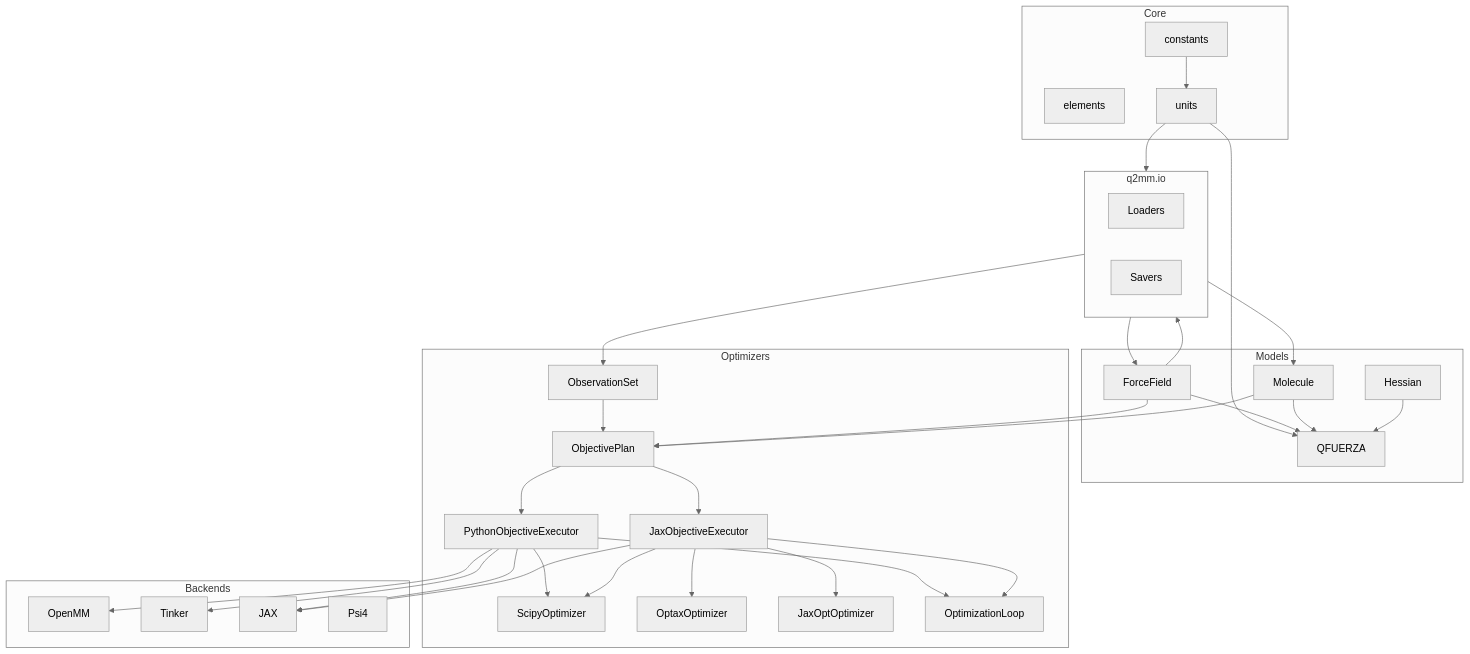
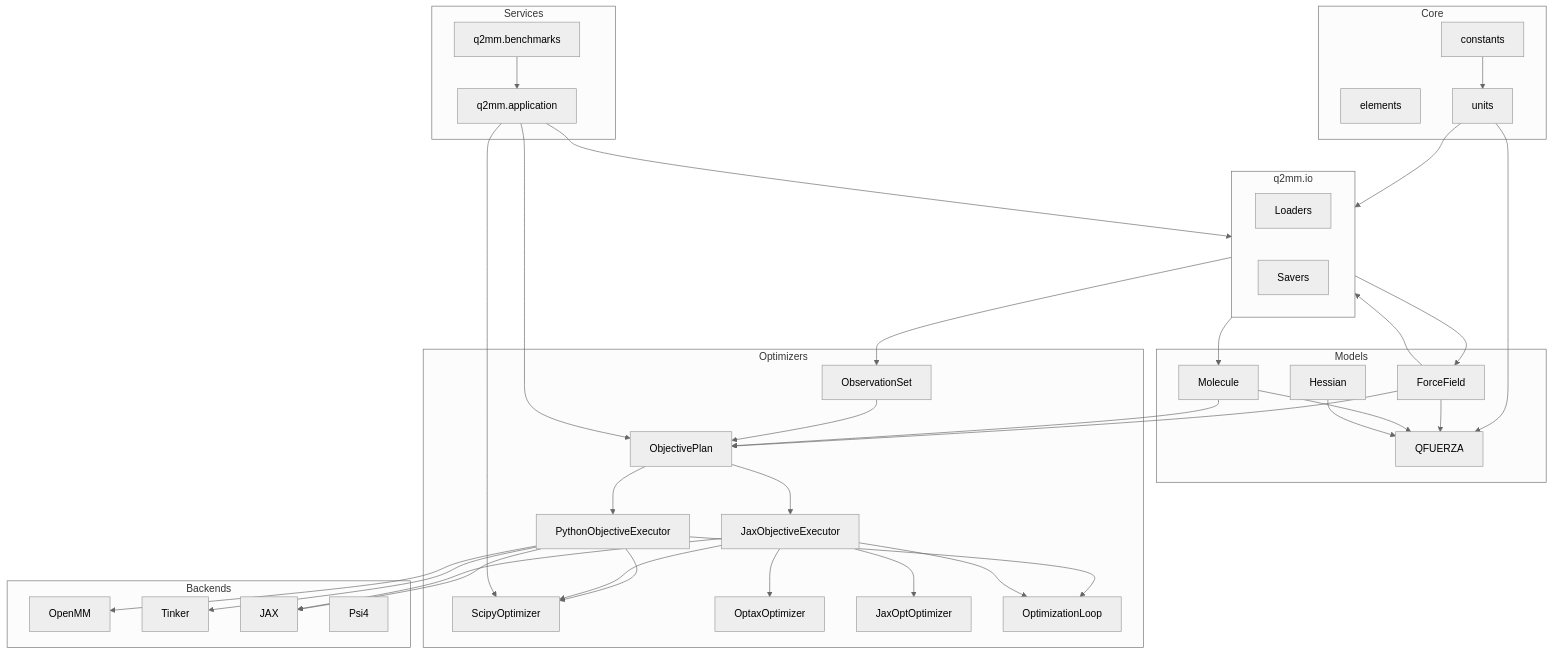
Before and after one commit to ericchansen/q2mm: the second of 2 diagrams in docs/how-it-works/architecture.md, drawn with Mermaid (neutral theme). The commit also changed other lines of this file and 11 other files, not shown here.

First line of the commit message:
feat(application): add generic SDK services

````diff
--- a/docs/how-it-works/architecture.md
+++ b/docs/how-it-works/architecture.md
@@ -324,67 +337,76 @@
 ```mermaid
 flowchart TD
     subgraph Core["Core"]
         constants[constants]
         elements[elements]
         units[units]
     end
 
     subgraph Models["Models"]
         ff[ForceField]
         mol[Molecule]
         hess[Hessian]
         sem[QFUERZA]
     end
 
     subgraph Opt["Optimizers"]
         obs[ObservationSet]
         plan[ObjectivePlan]
         pyexec[PythonObjectiveExecutor]
         jaxexec[JaxObjectiveExecutor]
         scipy[ScipyOptimizer]
         optax_opt[OptaxOptimizer]
         jaxopt_opt[JaxOptOptimizer]
         cycling[OptimizationLoop]
     end
 
     subgraph Engines["Backends"]
         omm[OpenMM]
         tk[Tinker]
         jax[JAX]
         psi4[Psi4]
     end
 
     subgraph IO["q2mm.io"]
         loaders[Loaders]
         savers[Savers]
     end
 
+    subgraph Services["Services"]
+        app[q2mm.application]
+        bench[q2mm.benchmarks]
+    end
+
     constants --> units
     units --> IO
     units --> sem
     ff --> IO
     ff --> sem
     mol --> sem
     hess --> sem
 
     ff --> plan
     obs --> plan
     mol --> plan
     plan --> pyexec
     plan --> jaxexec
     pyexec --> scipy
     pyexec --> cycling
     jaxexec --> scipy
     jaxexec --> optax_opt
     jaxexec --> jaxopt_opt
     jaxexec --> cycling
 
     pyexec --> omm
     pyexec --> tk
     pyexec --> jax
     jaxexec --> jax
 
     IO --> mol
     IO --> obs
     IO --> ff
+    app --> plan
+    app --> scipy
+    app --> IO
+    bench --> app
 ```
````
